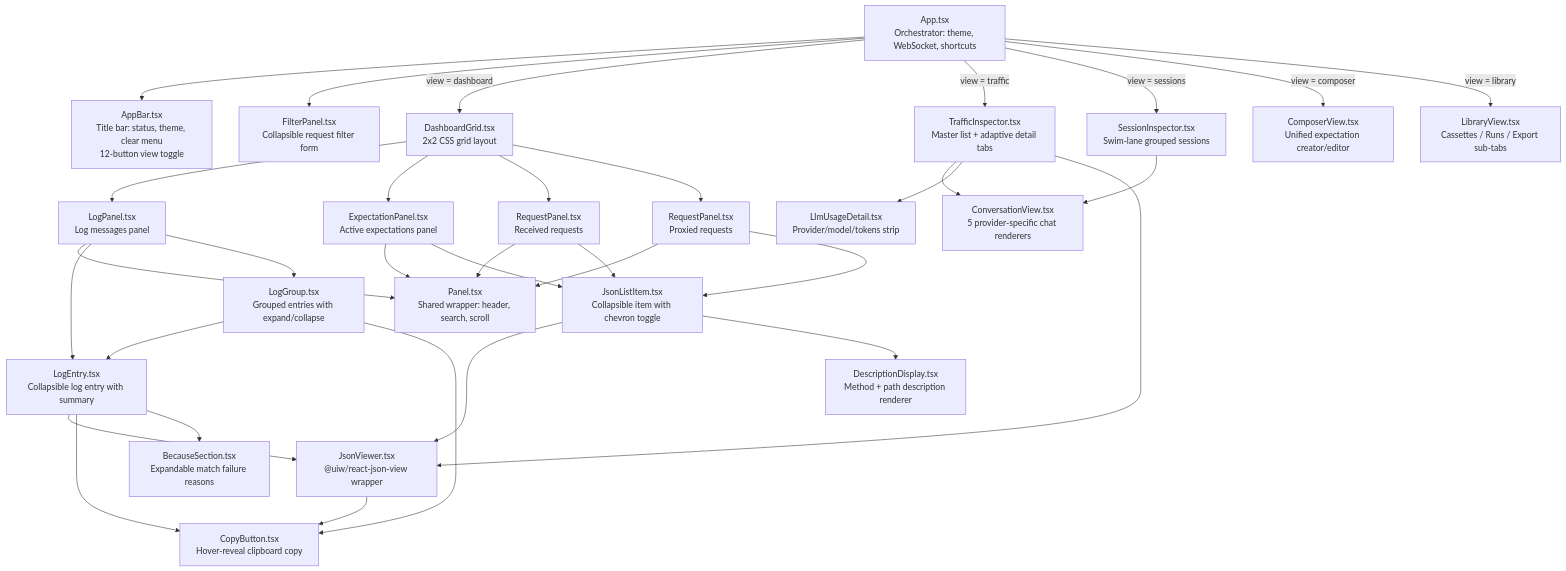
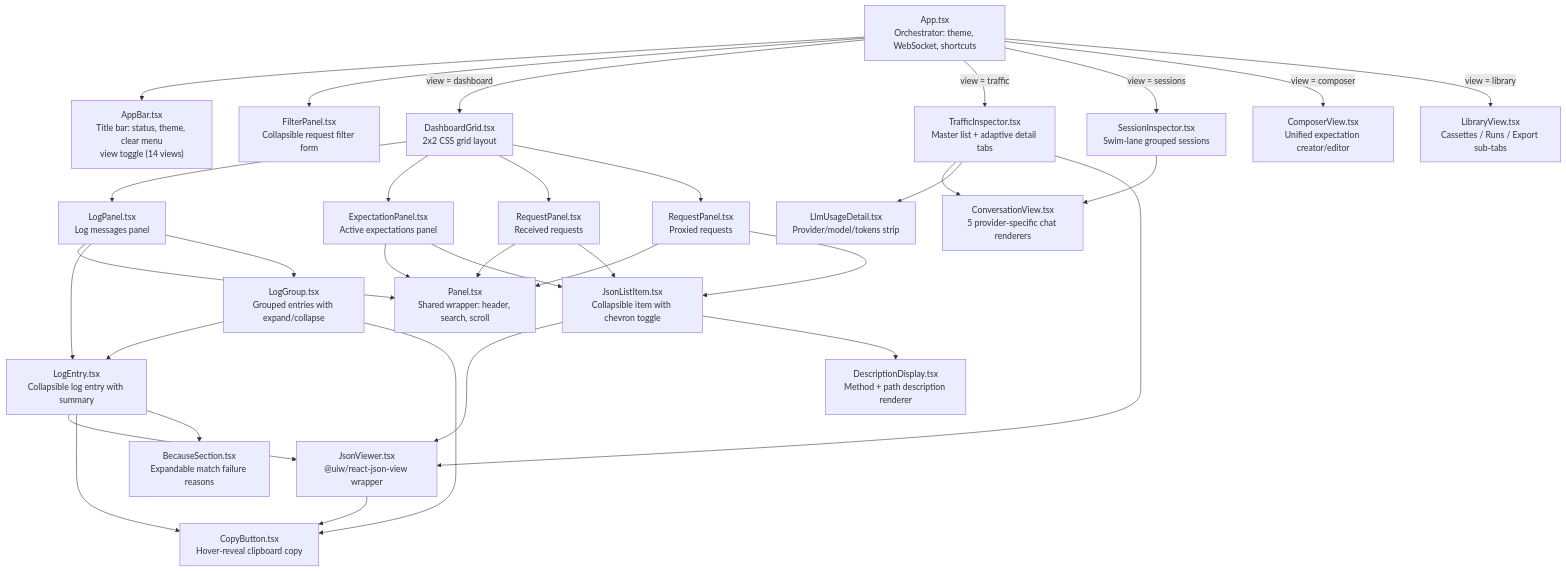
The sixth of 7 diagrams in docs/code/dashboard-ui.md (sean8601/mockserver-monorepo), drawn with Mermaid before and after one commit. The commit also changed other lines of this file and 8 other files, not shown here.

````diff
--- a/docs/code/dashboard-ui.md
+++ b/docs/code/dashboard-ui.md
@@ -627,81 +675,81 @@
 ```mermaid
 graph TB
     APP["App.tsx
 Orchestrator: theme, WebSocket, shortcuts"]
     AB["AppBar.tsx
 Title bar: status, theme, clear menu
-12-button view toggle"]
+view toggle (14 views)"]
     FP["FilterPanel.tsx
 Collapsible request filter form"]
     DG["DashboardGrid.tsx
 2x2 CSS grid layout"]
     TI["TrafficInspector.tsx
 Master list + adaptive detail tabs"]
     SI["SessionInspector.tsx
 Swim-lane grouped sessions"]
     CV["ComposerView.tsx
 Unified expectation creator/editor"]
     LV["LibraryView.tsx
 Cassettes / Runs / Export sub-tabs"]
     CVW["ConversationView.tsx
 5 provider-specific chat renderers"]
     LUD["LlmUsageDetail.tsx
 Provider/model/tokens strip"]
     LP["LogPanel.tsx
 Log messages panel"]
     EP["ExpectationPanel.tsx
 Active expectations panel"]
     RP1["RequestPanel.tsx
 Received requests"]
     RP2["RequestPanel.tsx
 Proxied requests"]
     P["Panel.tsx
 Shared wrapper: header, search, scroll"]
     LE["LogEntry.tsx
 Collapsible log entry with summary"]
     LG["LogGroup.tsx
 Grouped entries with expand/collapse"]
     JLI["JsonListItem.tsx
 Collapsible item with chevron toggle"]
     JV["JsonViewer.tsx
 @uiw/react-json-view wrapper"]
     CB["CopyButton.tsx
 Hover-reveal clipboard copy"]
     DD["DescriptionDisplay.tsx
 Method + path description renderer"]
     BS["BecauseSection.tsx
 Expandable match failure reasons"]
 
     APP --> AB
     APP --> FP
     APP -->|view = dashboard| DG
     APP -->|view = traffic| TI
     APP -->|view = sessions| SI
     APP -->|view = composer| CV
     APP -->|view = library| LV
     TI --> CVW
     TI --> LUD
     TI --> JV
     SI --> CVW
     DG --> LP
     DG --> EP
     DG --> RP1
     DG --> RP2
     LP --> P
     EP --> P
     RP1 --> P
     RP2 --> P
     LP --> LE
     LP --> LG
     LG --> LE
     EP --> JLI
     RP1 --> JLI
     RP2 --> JLI
     JLI --> JV
     JLI --> DD
     LE --> JV
     LE --> CB
     LE --> BS
     LG --> CB
     JV --> CB
 ```
````
